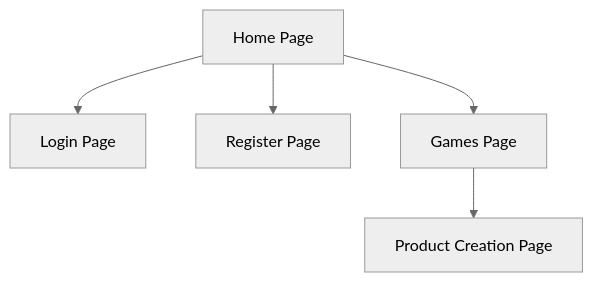
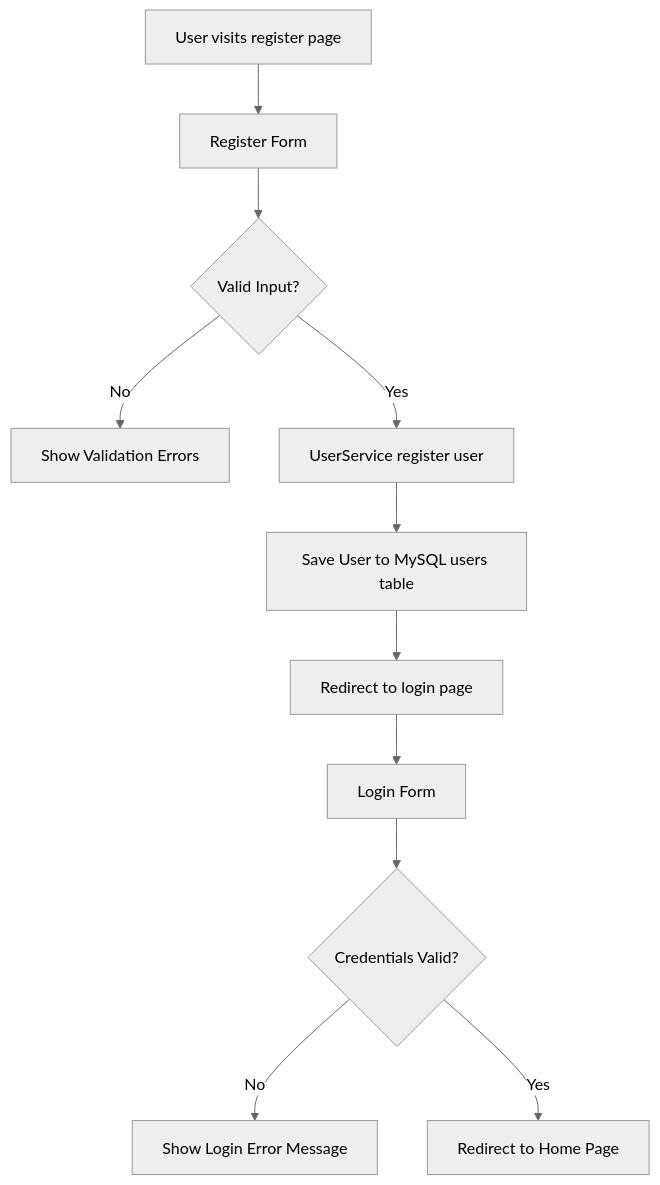
The first of 2 diagrams in # CST-339 CLC Project – Milestone 3.md (JIaconisGCU/CST-339_Group-5), drawn with Mermaid (neutral theme) before and after one commit. The commit also changed other lines of this file, not shown here.

````diff
--- a/# CST-339 CLC Project – Milestone 3.md
+++ b/# CST-339 CLC Project – Milestone 3.md
@@ -99,8 +103,14 @@
 ```mermaid
 flowchart TD
-    A[Home Page] --> B[Login Page]
-    A --> C[Register Page]
-    A --> D[Games Page]
+    A[User visits register page] --> B[Register Form]
+    B --> C{Valid Input?}
+    C -->|No| D[Show Validation Errors]
+    C -->|Yes| E[UserService register user]
+    E --> F[Save User to MySQL users table]
+    F --> G[Redirect to login page]
 
-    D --> E[Product Creation Page]
+    G --> H[Login Form]
+    H --> I{Credentials Valid?}
+    I -->|No| J[Show Login Error Message]
+    I -->|Yes| K[Redirect to Home Page]
 ```
````
